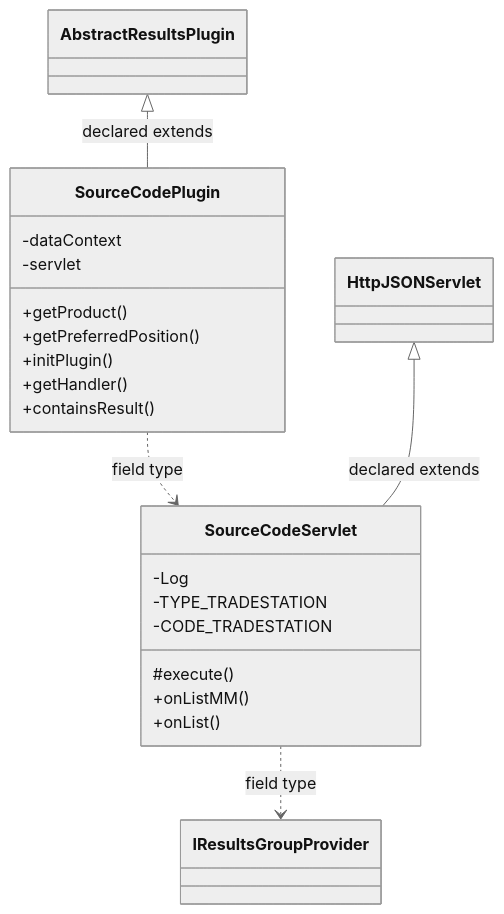
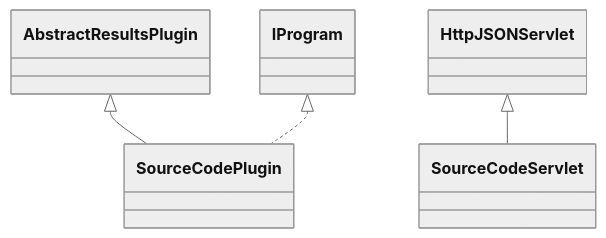
The diagram in docs/sqx/Results/ResultsSourceCode.md (haruperi/HaruQuantAI), drawn with Mermaid (neutral theme) before and after one commit. The commit also changed other lines of this file and 1688 other files, not shown here.

````diff
--- a/docs/sqx/Results/ResultsSourceCode.md
+++ b/docs/sqx/Results/ResultsSourceCode.md
@@ -30,27 +26,11 @@
 ```mermaid
 classDiagram
-    class C47531549a8f0["SourceCodePlugin"] {
-        -dataContext
-        -servlet
-        +getProduct()
-        +getPreferredPosition()
-        +initPlugin()
-        +getHandler()
-        +containsResult()
-    }
-    class C5d6d1dfffca8["SourceCodeServlet"] {
-        -Log
-        -TYPE_TRADESTATION
-        -CODE_TRADESTATION
-        #execute()
-        +onListMM()
-        +onList()
-    }
-    class C180e0c3f58c3["AbstractResultsPlugin"]
-    class C9ceba9ba4bac["IResultsGroupProvider"]
-    class C8900f90ae594["HttpJSONServlet"]
-    C180e0c3f58c3 <|-- C47531549a8f0 : declared extends
-    C47531549a8f0 ..> C5d6d1dfffca8 : field type
-    C8900f90ae594 <|-- C5d6d1dfffca8 : declared extends
-    C5d6d1dfffca8 ..> C9ceba9ba4bac : field type
+    class C0["SourceCodePlugin"]
+    class C1["SourceCodeServlet"]
+    class E0["AbstractResultsPlugin"]
+    E0 <|-- C0
+    class E1["IProgram"]
+    E1 <|.. C0
+    class E2["HttpJSONServlet"]
+    E2 <|-- C1
 ```
````
